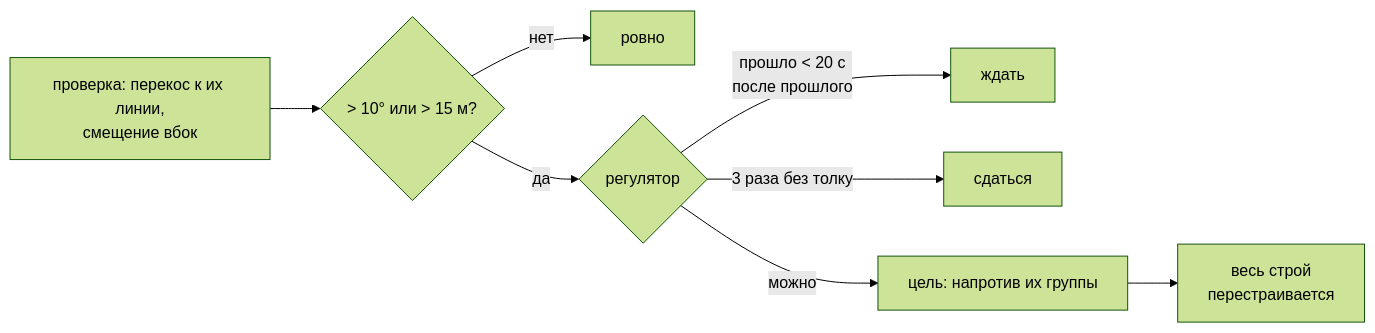
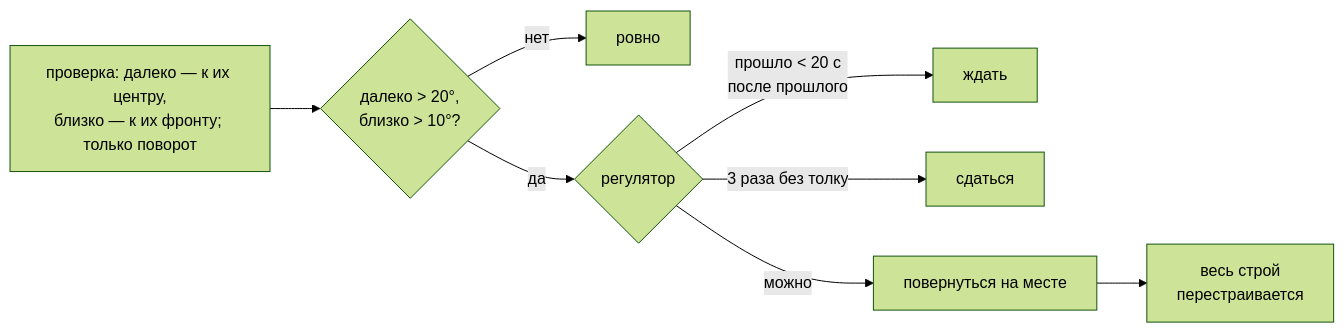
The second of 2 diagrams in docs/ru/tree/align.md (DimaZero7/TWW3-batle-ai), drawn with Mermaid (forest theme) before and after one commit. The commit also changed other lines of this file and 48 other files, not shown here.

````diff
--- a/docs/ru/tree/align.md
+++ b/docs/ru/tree/align.md
@@ -42,9 +42,9 @@
 ```mermaid
 flowchart LR
-  c["проверка: перекос к их линии,<br/>смещение вбок"] --> q{"> 10° или > 15 м?"}
+  c["проверка: далеко — к их центру,<br/>близко — к их фронту; только поворот"] --> q{"далеко > 20°,<br/>близко > 10°?"}
   q -- нет --> ok["ровно"]
   q -- да --> g{"регулятор"}
   g -- "прошло < 20 с<br/>после прошлого" --> wait["ждать"]
   g -- "3 раза без толку" --> give["сдаться"]
-  g -- можно --> t["цель: напротив их группы"] --> re["весь строй<br/>перестраивается"]
+  g -- можно --> t["повернуться на месте"] --> re["весь строй<br/>перестраивается"]
 ```
````
